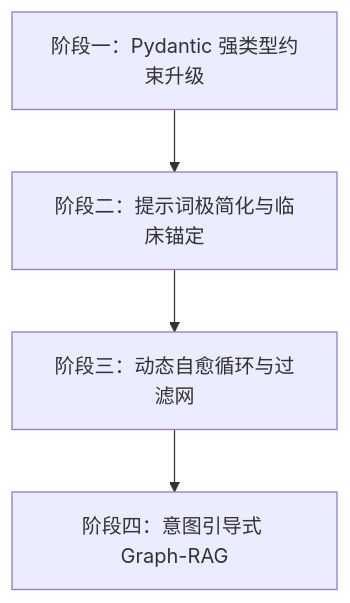
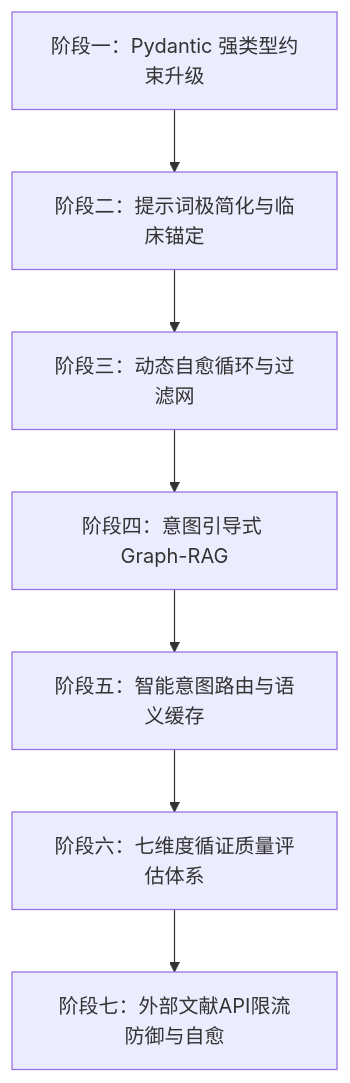
One commit to sunsumyu/REN changed the first of 2 diagrams in qa/docs/enterprise_optimization_plan.md. Above: the diagram before and after it, drawn with Mermaid. The commit also changed other lines of this file and 9 other files, not shown here.

````diff
--- a/qa/docs/enterprise_optimization_plan.md
+++ b/qa/docs/enterprise_optimization_plan.md
@@ -9,6 +9,9 @@
 ```mermaid
 graph TD
     A[阶段一：Pydantic 强类型约束升级] --> B[阶段二：提示词极简化与临床锚定]
     B --> C[阶段三：动态自愈循环与过滤网]
     C --> D[阶段四：意图引导式 Graph-RAG]
+    D --> E[阶段五：智能意图路由与语义缓存]
+    E --> F[阶段六：七维度循证质量评估体系]
+    F --> G[阶段七：外部文献API限流防御与自愈]
 ```
````
